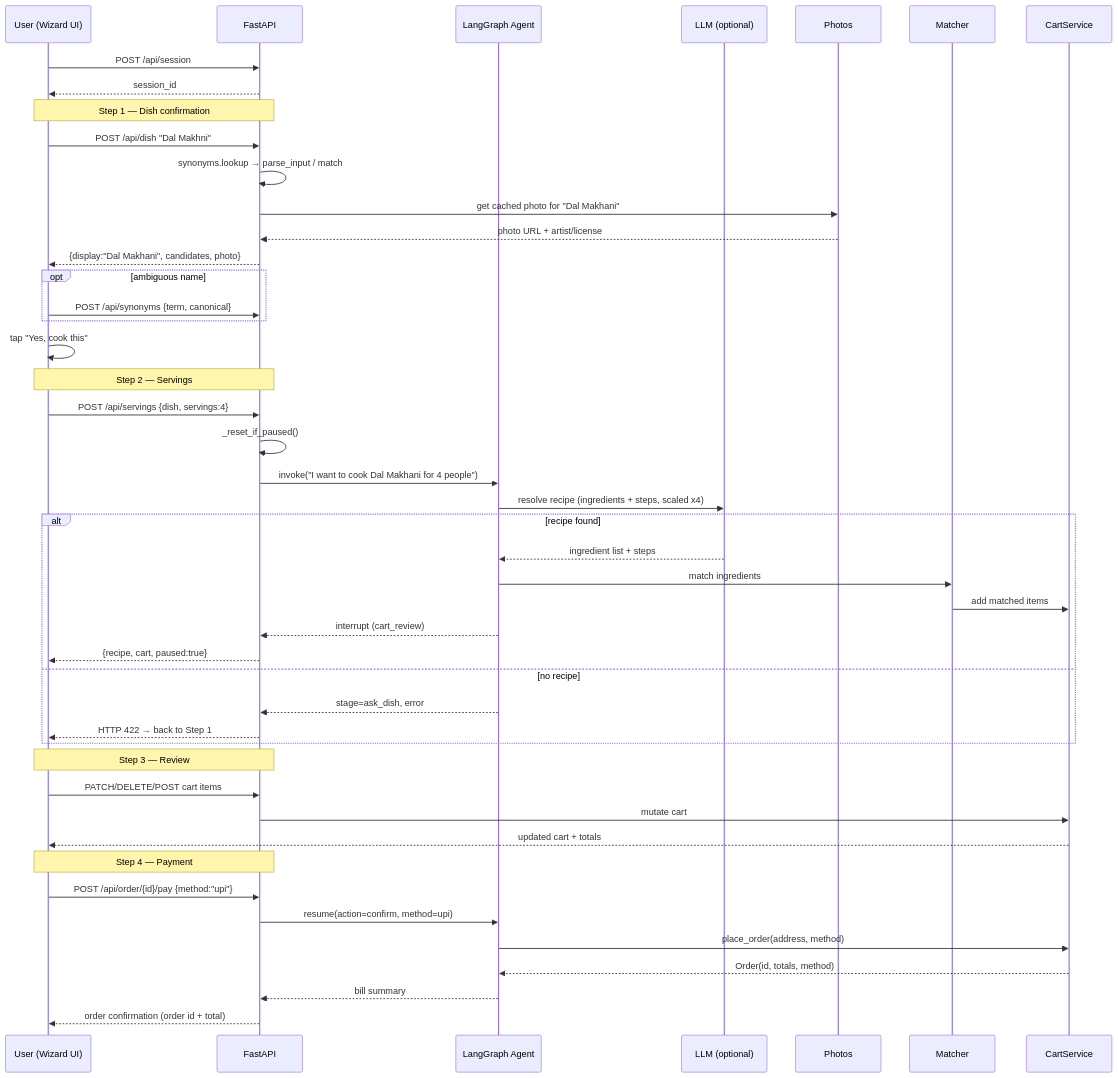
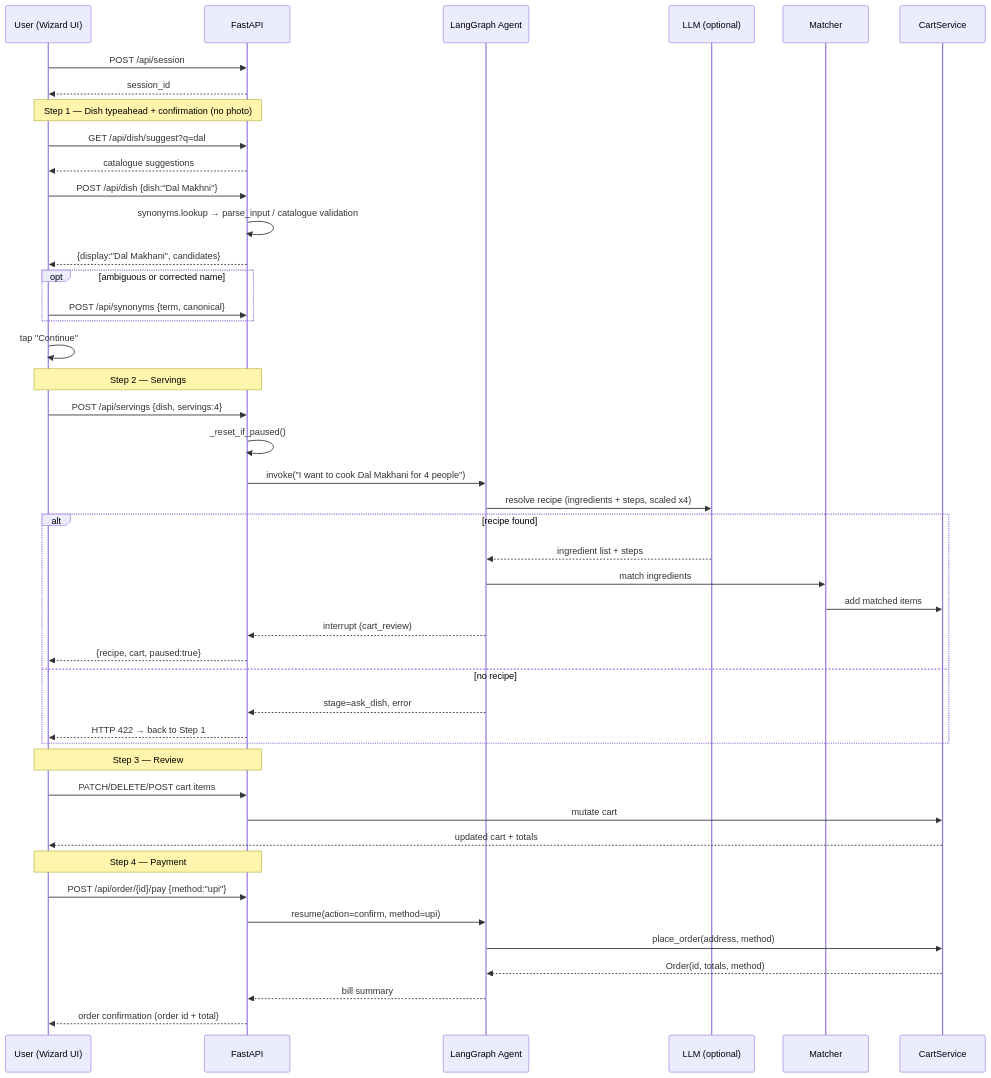
One commit to AyushNeedsCaffeine/QuickChef changed the fourth of 6 diagrams in docs/HLD.md. Above: the diagram before and after it, drawn with Mermaid. The commit also changed other lines of this file and 54 other files, not shown here.

Commit message:
feat: QuickChef v2.0 catalogue typeahead

````diff
--- a/docs/HLD.md
+++ b/docs/HLD.md
@@ -167,49 +170,48 @@
 ```mermaid
 sequenceDiagram
     participant U as User (Wizard UI)
     participant A as FastAPI
     participant G as LangGraph Agent
     participant L as LLM (optional)
-    participant P as Photos
     participant M as Matcher
     participant C as CartService
 
     U->>A: POST /api/session
     A-->>U: session_id
-    Note over U,A: Step 1 — Dish confirmation
-    U->>A: POST /api/dish "Dal Makhni"
-    A->>A: synonyms.lookup → parse_input / match
-    A->>P: get cached photo for "Dal Makhani"
-    P-->>A: photo URL + artist/license
-    A-->>U: {display:"Dal Makhani", candidates, photo}
-    opt ambiguous name
+    Note over U,A: Step 1 — Dish typeahead + confirmation (no photo)
+    U->>A: GET /api/dish/suggest?q=dal
+    A-->>U: catalogue suggestions
+    U->>A: POST /api/dish {dish:"Dal Makhni"}
+    A->>A: synonyms.lookup → parse_input / catalogue validation
+    A-->>U: {display:"Dal Makhani", candidates}
+    opt ambiguous or corrected name
         U->>A: POST /api/synonyms {term, canonical}
     end
-    U->>U: tap "Yes, cook this"
+    U->>U: tap "Continue"
     Note over U,A: Step 2 — Servings
     U->>A: POST /api/servings {dish, servings:4}
     A->>A: _reset_if_paused()
     A->>G: invoke("I want to cook Dal Makhani for 4 people")
     G->>L: resolve recipe (ingredients + steps, scaled x4)
     alt recipe found
         L-->>G: ingredient list + steps
         G->>M: match ingredients
         M->>C: add matched items
         G-->>A: interrupt (cart_review)
         A-->>U: {recipe, cart, paused:true}
     else no recipe
         G-->>A: stage=ask_dish, error
         A-->>U: HTTP 422 → back to Step 1
     end
     Note over U,A: Step 3 — Review
     U->>A: PATCH/DELETE/POST cart items
     A->>C: mutate cart
     C-->>U: updated cart + totals
     Note over U,A: Step 4 — Payment
     U->>A: POST /api/order/{id}/pay {method:"upi"}
     A->>G: resume(action=confirm, method=upi)
     G->>C: place_order(address, method)
     C-->>G: Order(id, totals, method)
     G-->>A: bill summary
     A-->>U: order confirmation (order id + total)
 ```
````
